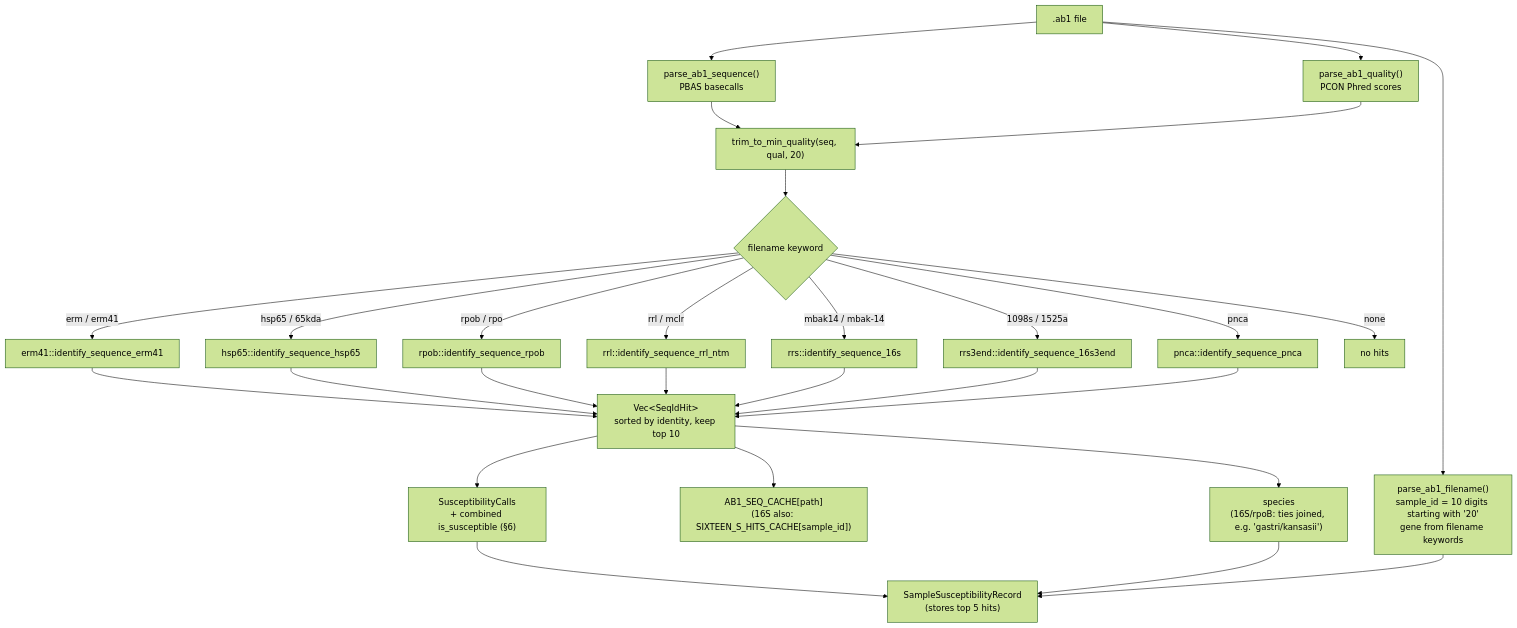
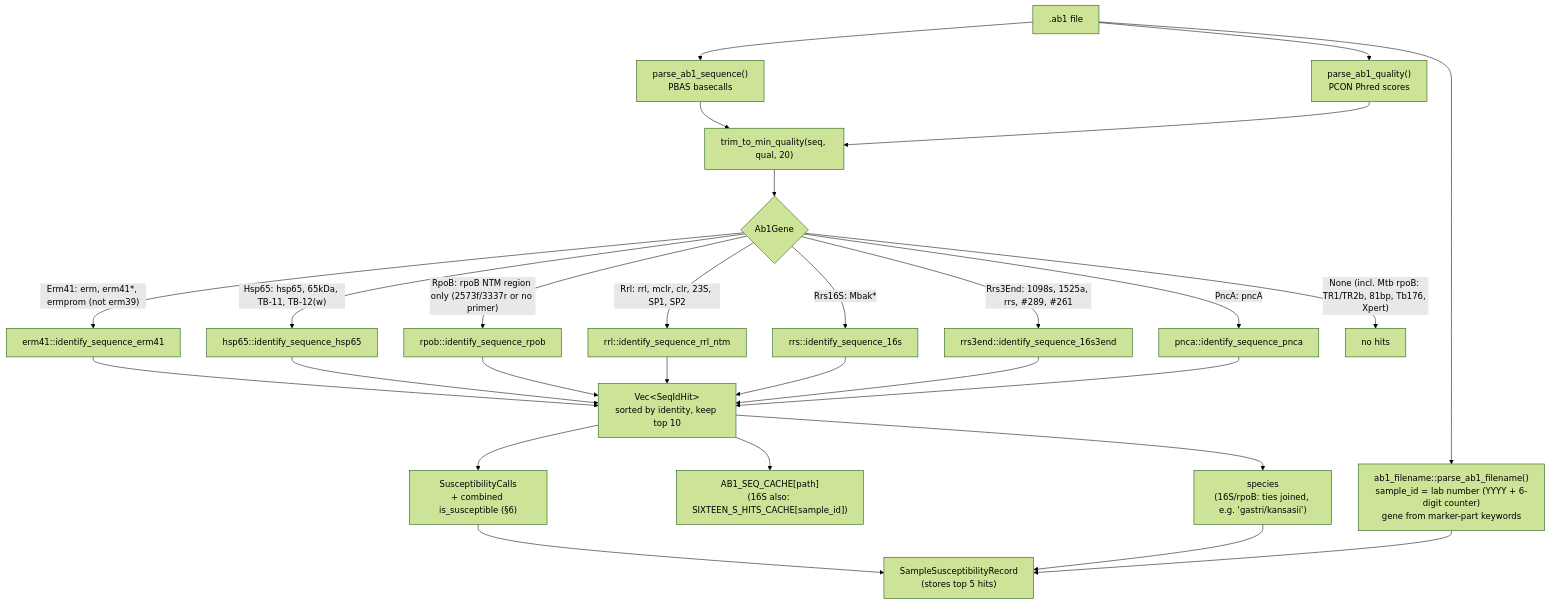
Before and after one commit to michaelmeuli/cosmic-files: the third of 6 diagrams in src/sequencing/README.md, drawn with Mermaid (forest theme). The commit also changed other lines of this file and 5 other files, not shown here.

First line of the commit message:
Rewrite AB1 filename parsing from lab-number and primer docs

````diff
--- a/src/sequencing/README.md
+++ b/src/sequencing/README.md
@@ -103,23 +104,23 @@
 ```mermaid
 flowchart TD
     F[".ab1 file"] --> P1["parse_ab1_sequence()<br/>PBAS basecalls"]
     F --> P2["parse_ab1_quality()<br/>PCON Phred scores"]
     P1 & P2 --> TQ["trim_to_min_quality(seq, qual, 20)"]
-    F --> FN["parse_ab1_filename()<br/>sample_id = 10 digits starting with '20'<br/>gene from filename keywords"]
+    F --> FN["ab1_filename::parse_ab1_filename()<br/>sample_id = lab number (YYYY + 6-digit counter)<br/>gene from marker-part keywords"]
 
-    TQ --> D{"filename keyword"}
-    D -- "erm / erm41" --> E["erm41::identify_sequence_erm41"]
-    D -- "hsp65 / 65kda" --> H["hsp65::identify_sequence_hsp65"]
-    D -- "rpob / rpo" --> RP["rpob::identify_sequence_rpob"]
-    D -- "mbak14 / mbak-14" --> S16["rrs::identify_sequence_16s"]
-    D -- "1098s / 1525a" --> S3["rrs3end::identify_sequence_16s3end"]
-    D -- "rrl / mclr" --> RL["rrl::identify_sequence_rrl_ntm"]
-    D -- pnca --> PN["pnca::identify_sequence_pnca"]
-    D -- none --> X["no hits"]
+    TQ --> D{"Ab1Gene"}
+    D -- "Erm41: erm, erm41*, ermprom (not erm39)" --> E["erm41::identify_sequence_erm41"]
+    D -- "Hsp65: hsp65, 65kDa, TB-11, TB-12(w)" --> H["hsp65::identify_sequence_hsp65"]
+    D -- "RpoB: rpoB NTM region only (2573f/3337r or no primer)" --> RP["rpob::identify_sequence_rpob"]
+    D -- "Rrs16S: Mbak*" --> S16["rrs::identify_sequence_16s"]
+    D -- "Rrs3End: 1098s, 1525a, rrs, #289, #261" --> S3["rrs3end::identify_sequence_16s3end"]
+    D -- "Rrl: rrl, mclr, clr, 23S, SP1, SP2" --> RL["rrl::identify_sequence_rrl_ntm"]
+    D -- "PncA: pncA" --> PN["pnca::identify_sequence_pnca"]
+    D -- "None (incl. Mtb rpoB: TR1/TR2b, 81bp, Tb176, Xpert)" --> X["no hits"]
 
     E & H & RP & RL & S16 & S3 & PN --> HITS["Vec&lt;SeqIdHit&gt;<br/>sorted by identity, keep top 10"]
     HITS --> MC["AB1_SEQ_CACHE[path]<br/>(16S also: SIXTEEN_S_HITS_CACHE[sample_id])"]
     HITS --> SUS["SusceptibilityCalls<br/>+ combined is_susceptible (§6)"]
     HITS --> SP["species<br/>(16S/rpoB: ties joined, e.g. 'gastri/kansasii')"]
     SUS & SP & FN --> REC["SampleSusceptibilityRecord<br/>(stores top 5 hits)"]
 ```
````
